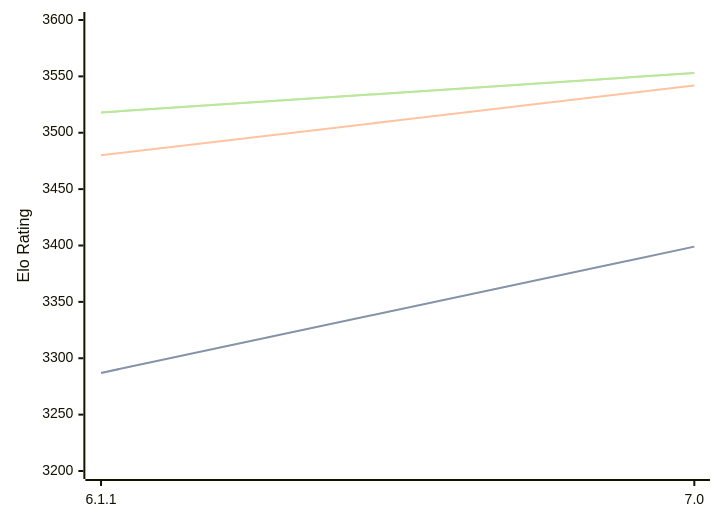
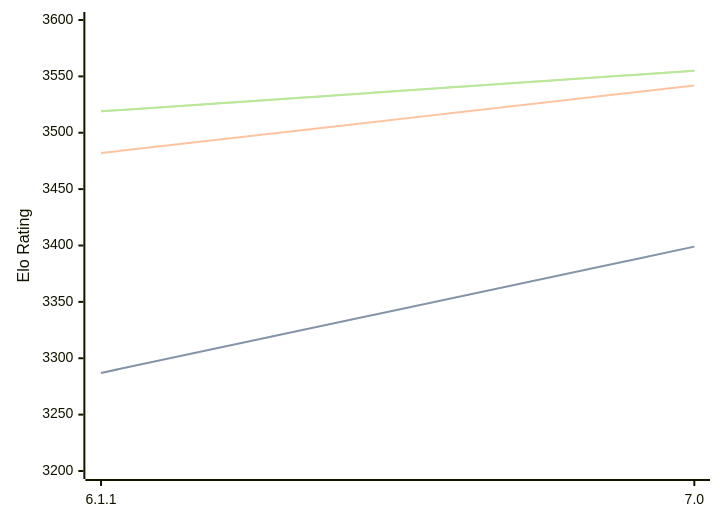
One commit to computer-chess-index/cci changed the diagram in engines/Astra.md. Above: the diagram before and after it, drawn with Mermaid. The commit also changed other lines of this file, not shown here.

Commit message:
Update CCI Ratings (ELO VLTC) - 2026-09-16

````diff
--- a/engines/Astra.md
+++ b/engines/Astra.md
@@ -32,11 +32,11 @@
 ```mermaid
 %%{init: {"theme":"base","themeVariables":{"seriesColors:['#a3a3a3','#222221','#faa371']}}}%%
 xychart-beta
   x-axis ["6.1.1", "7.0"]
   y-axis "Elo Rating" 3200 --> 3600
   line "" [3287, 3399]
   line "STC (8.0+0.08s)" [3287, 3399]
-  line "LTC (60.0+0.60s)" [3480, 3542]
-  line "" [3518, 3553]
-  line "VLTC (2m24s+1.12s)" [3518, 3553]
+  line "LTC (60.0+0.60s)" [3482, 3542]
+  line "" [3519, 3555]
+  line "VLTC (2m24s+1.12s)" [3519, 3555]
 ```
````
